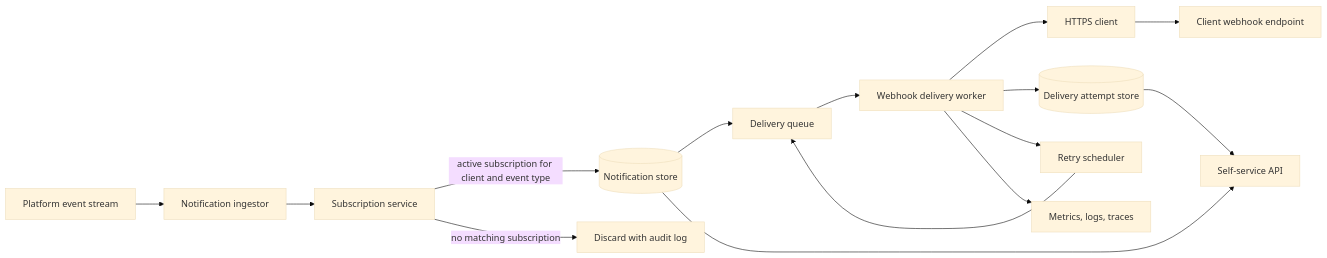
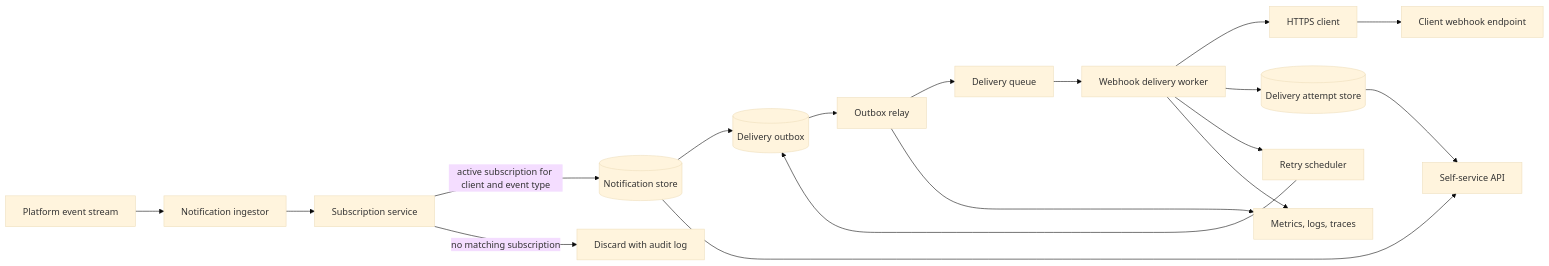
The second of 3 diagrams in docs/system-design.md (alfredoporto/cobre), drawn with Mermaid (base theme) before and after one commit. The commit also changed other lines of this file and 2 other files, not shown here.

````diff
--- a/docs/system-design.md
+++ b/docs/system-design.md
@@ -30,17 +31,20 @@
 ```mermaid
 flowchart LR
     A[Platform event stream] --> B[Notification ingestor]
     B --> C[Subscription service]
     C -->|active subscription for client and event type| D[(Notification store)]
     C -->|no matching subscription| E[Discard with audit log]
-    D --> F[Delivery queue]
+    D --> O[(Delivery outbox)]
+    O --> R[Outbox relay]
+    R --> F[Delivery queue]
     F --> G[Webhook delivery worker]
     G --> H[HTTPS client]
     H --> I[Client webhook endpoint]
     G --> J[(Delivery attempt store)]
     G --> K[Retry scheduler]
-    K --> F
+    K --> O
     D --> L[Self-service API]
     J --> L
     G --> M[Metrics, logs, traces]
+    R --> M
 ```
````
